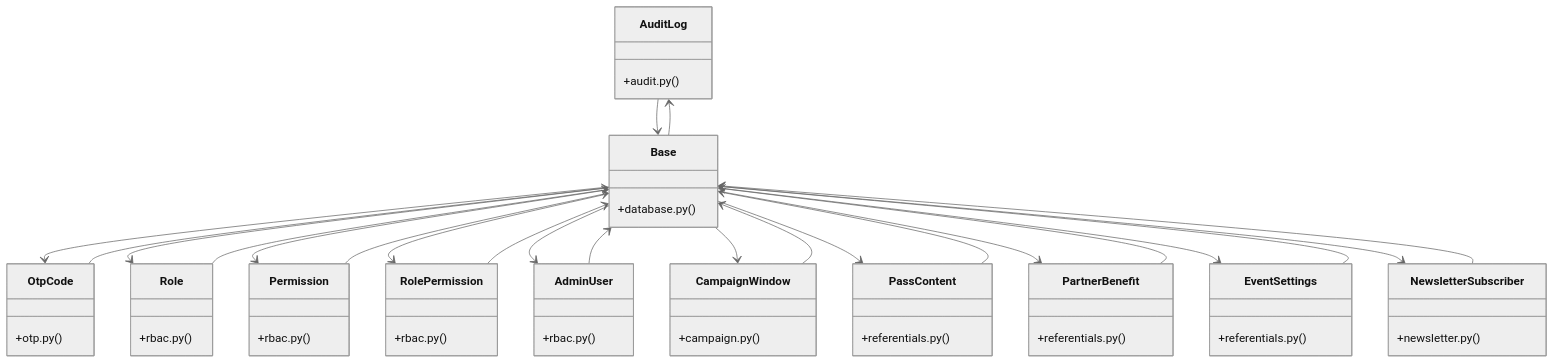
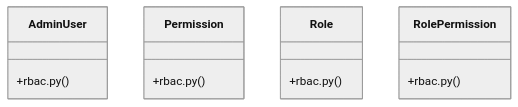
Before and after one commit to adjanayo/synca_conf_back: the diagram in graphify-out/wiki/[BaseModel_&_ValueError]_Cluster.md, drawn with Mermaid (neutral theme). The commit also changed other lines of this file and 89 other files, not shown here.

````diff
--- a/graphify-out/wiki/[BaseModel_&_ValueError]_Cluster.md
+++ b/graphify-out/wiki/[BaseModel_&_ValueError]_Cluster.md
@@ -36,61 +36,15 @@
 ```mermaid
 classDiagram
-    class AuditLog {
-        +audit.py()
-    }
-    class CampaignWindow {
-        +campaign.py()
-    }
-    class Base {
-        +database.py()
-    }
-    class NewsletterSubscriber {
-        +newsletter.py()
-    }
-    class OtpCode {
-        +otp.py()
-    }
     class AdminUser {
         +rbac.py()
     }
     class Permission {
         +rbac.py()
     }
     class Role {
         +rbac.py()
     }
     class RolePermission {
         +rbac.py()
     }
-    class EventSettings {
-        +referentials.py()
-    }
-    class PartnerBenefit {
-        +referentials.py()
-    }
-    class PassContent {
-        +referentials.py()
-    }
-    AuditLog --> Base
-    CampaignWindow --> Base
-    Base --> AuditLog
-    Base --> OtpCode
-    Base --> Role
-    Base --> Permission
-    Base --> RolePermission
-    Base --> AdminUser
-    Base --> CampaignWindow
-    Base --> PassContent
-    Base --> PartnerBenefit
-    Base --> EventSettings
-    Base --> NewsletterSubscriber
-    NewsletterSubscriber --> Base
-    OtpCode --> Base
-    AdminUser --> Base
-    Permission --> Base
-    Role --> Base
-    RolePermission --> Base
-    EventSettings --> Base
-    PartnerBenefit --> Base
-    PassContent --> Base
 ```
````
